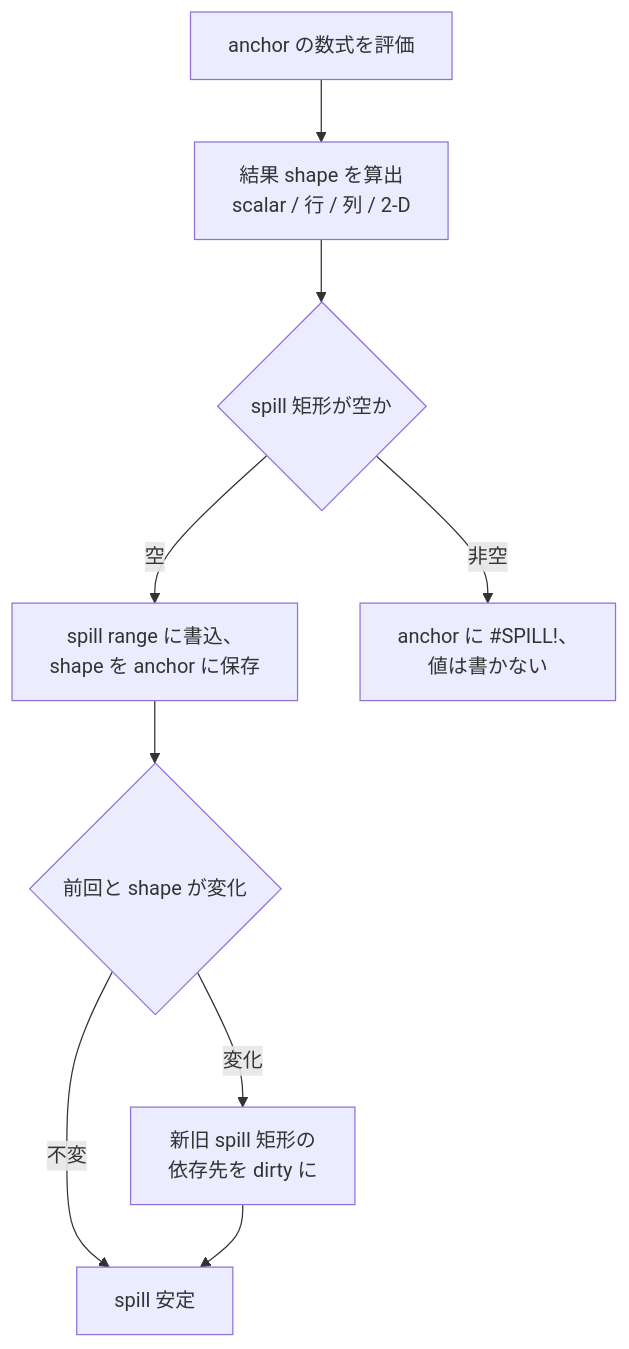
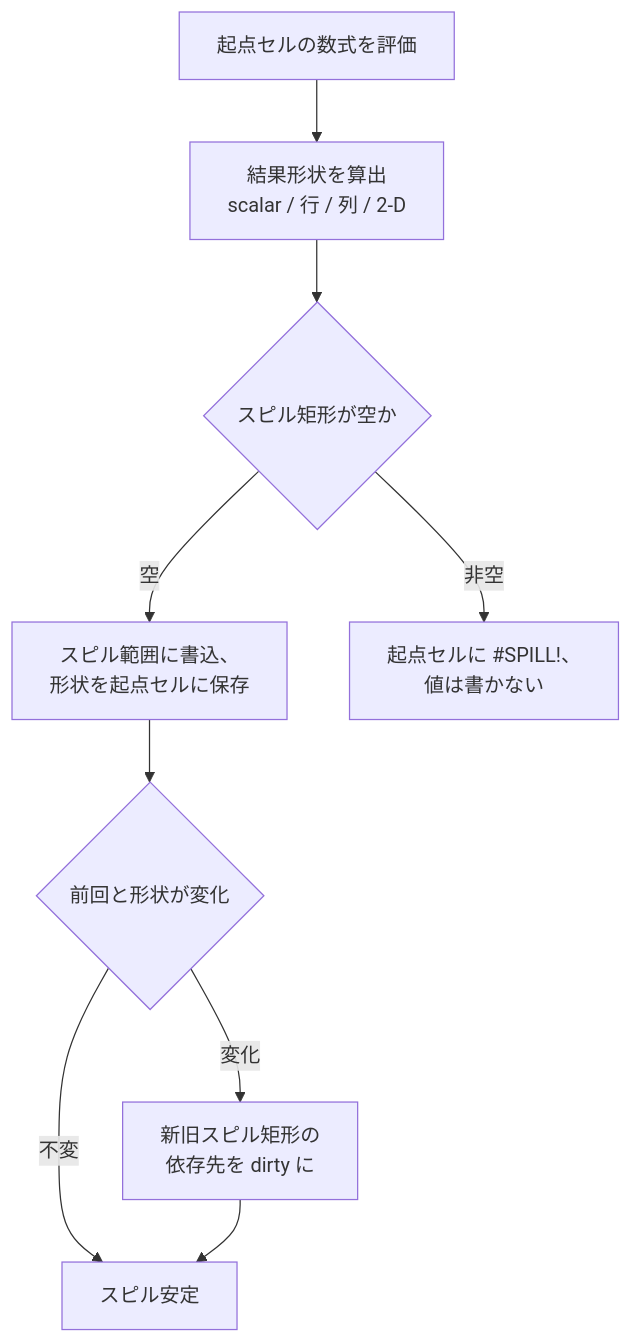
One commit to libraz/formulon-homepage changed the diagram in src/ja/workbook/dynamic-arrays.md. Above: the diagram before and after it, drawn with Mermaid. The commit also changed other lines of this file and 49 other files, not shown here.

````diff
--- a/src/ja/workbook/dynamic-arrays.md
+++ b/src/ja/workbook/dynamic-arrays.md
@@ -20,11 +20,11 @@
 ```mermaid
 flowchart TD
-  EVAL[anchor の数式を評価] --> SHAPE[結果 shape を算出<br/>scalar / 行 / 列 / 2-D]
-  SHAPE --> CHECK{spill 矩形が空か}
-  CHECK -->|空| WRITE[spill range に書込、<br/>shape を anchor に保存]
-  CHECK -->|非空| ERR[anchor に #SPILL!、<br/>値は書かない]
-  WRITE --> COMP{前回と shape が変化}
-  COMP -->|変化| INVAL[新旧 spill 矩形の<br/>依存先を dirty に]
-  COMP -->|不変| DONE[spill 安定]
+  EVAL[起点セルの数式を評価] --> SHAPE[結果形状を算出<br/>scalar / 行 / 列 / 2-D]
+  SHAPE --> CHECK{スピル矩形が空か}
+  CHECK -->|空| WRITE[スピル範囲に書込、<br/>形状を起点セルに保存]
+  CHECK -->|非空| ERR[起点セルに #SPILL!、<br/>値は書かない]
+  WRITE --> COMP{前回と形状が変化}
+  COMP -->|変化| INVAL[新旧スピル矩形の<br/>依存先を dirty に]
+  COMP -->|不変| DONE[スピル安定]
   INVAL --> DONE
 ```
````
